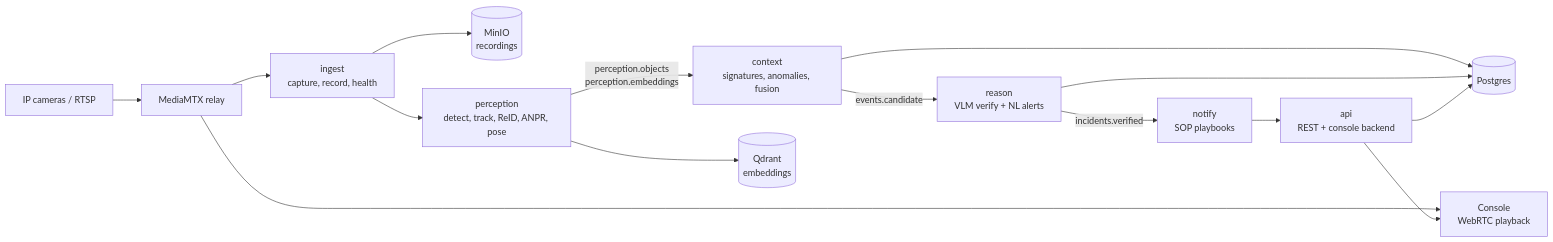
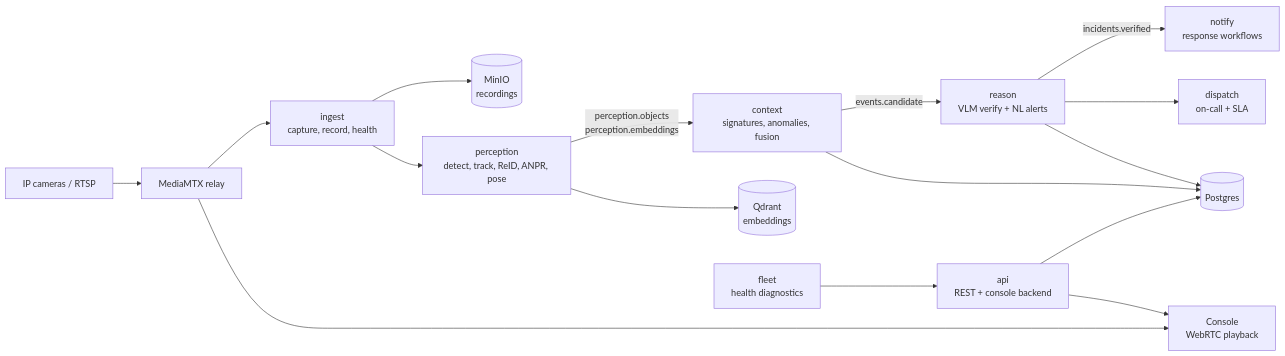
One commit to Sherin-SEF-AI/SentigonEdge changed the diagram in README.md. Above: the diagram before and after it, drawn with Mermaid. The commit also changed other lines of this file and 48 other files, not shown here.

````diff
--- a/README.md
+++ b/README.md
@@ -70,17 +65,18 @@
 ```mermaid
 flowchart LR
     CAM[IP cameras / RTSP] --> MTX[MediaMTX relay]
     MTX --> ING[ingest<br/>capture, record, health]
     MTX --> WEB[Console<br/>WebRTC playback]
     ING --> MINIO[(MinIO<br/>recordings)]
     ING --> PER[perception<br/>detect, track, ReID, ANPR, pose]
     PER -->|perception.objects<br/>perception.embeddings| CTX[context<br/>signatures, anomalies, fusion]
     PER --> QDR[(Qdrant<br/>embeddings)]
     CTX -->|events.candidate| RSN[reason<br/>VLM verify + NL alerts]
-    RSN -->|incidents.verified| NOT[notify<br/>SOP playbooks]
+    RSN -->|incidents.verified| NOT[notify<br/>response workflows]
+    RSN --> DIS[dispatch<br/>on-call + SLA]
     CTX --> PG[(Postgres)]
     RSN --> PG
     API[api<br/>REST + console backend] --> PG
     API --> WEB
-    NOT --> API
+    FLT[fleet<br/>health diagnostics] --> API
 ```
````
